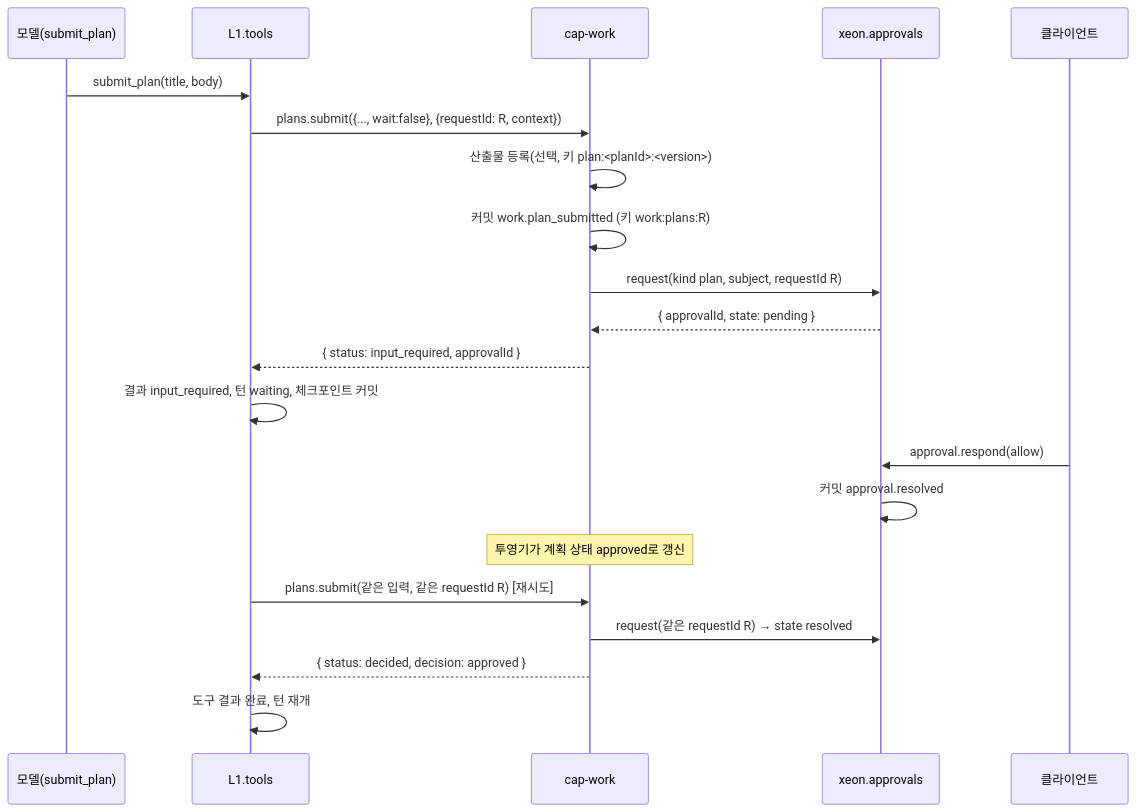
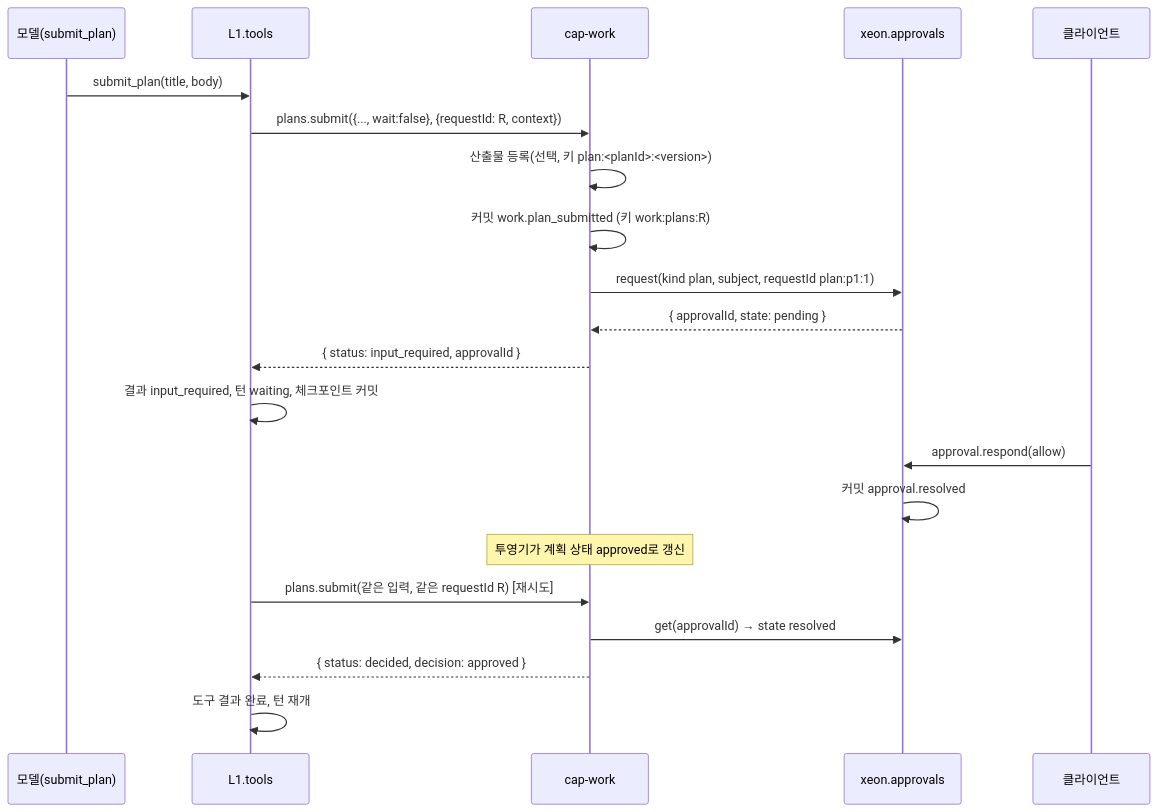
Before and after one commit to Rengod95/Helm-Agent_Docs_OS: the first of 2 diagrams in docs/xeon/L2/work/spec.md, drawn with Mermaid. The commit also changed other lines of this file and 41 other files, not shown here.

````diff
--- a/docs/xeon/L2/work/spec.md
+++ b/docs/xeon/L2/work/spec.md
@@ -1016,23 +1023,23 @@
 ```mermaid
 sequenceDiagram
   participant M as 모델(submit_plan)
   participant T as L1.tools
   participant W as cap-work
   participant A as xeon.approvals
   participant U as 클라이언트
   M->>T: submit_plan(title, body)
   T->>W: plans.submit({..., wait:false}, {requestId: R, context})
   W->>W: 산출물 등록(선택, 키 plan:<planId>:<version>)
   W->>W: 커밋 work.plan_submitted (키 work:plans:R)
-  W->>A: request(kind plan, subject, requestId R)
+  W->>A: request(kind plan, subject, requestId plan:p1:1)
   A-->>W: { approvalId, state: pending }
   W-->>T: { status: input_required, approvalId }
   T->>T: 결과 input_required, 턴 waiting, 체크포인트 커밋
   U->>A: approval.respond(allow)
   A->>A: 커밋 approval.resolved
   Note over W: 투영기가 계획 상태 approved로 갱신
   T->>W: plans.submit(같은 입력, 같은 requestId R)  [재시도]
-  W->>A: request(같은 requestId R) → state resolved
+  W->>A: get(approvalId) → state resolved
   W-->>T: { status: decided, decision: approved }
   T->>T: 도구 결과 완료, 턴 재개
 ```
````
